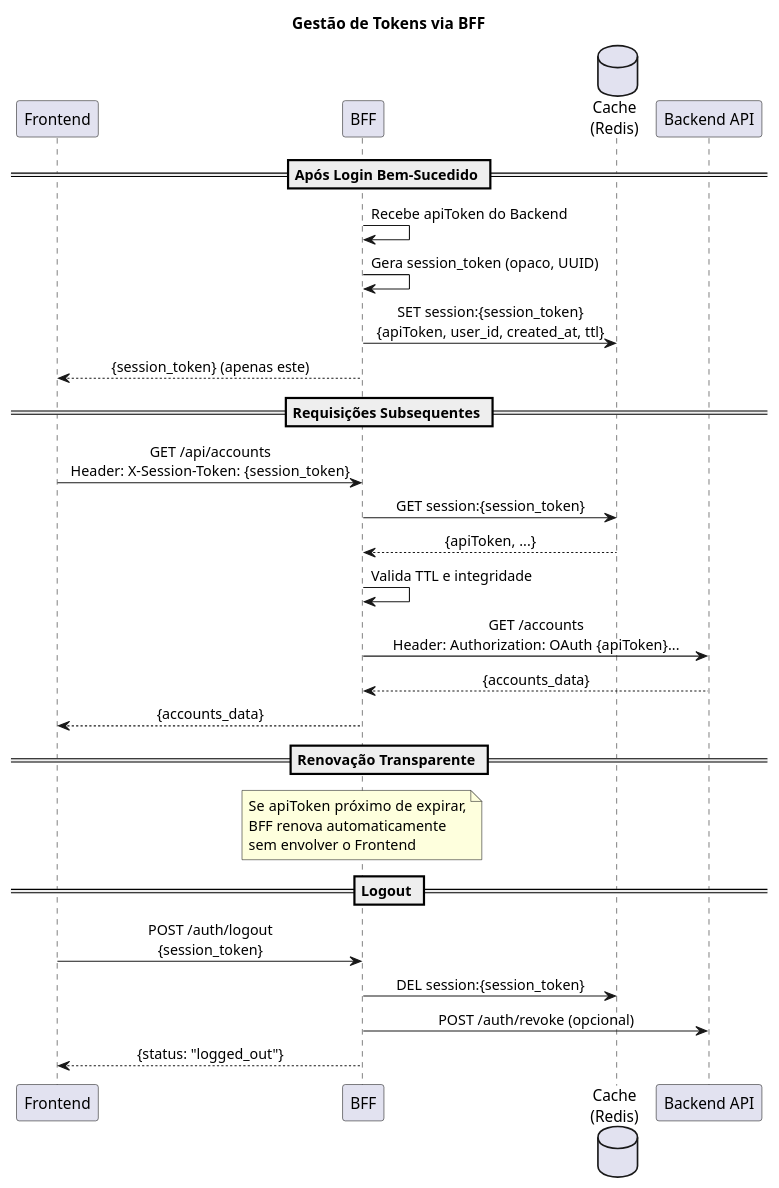
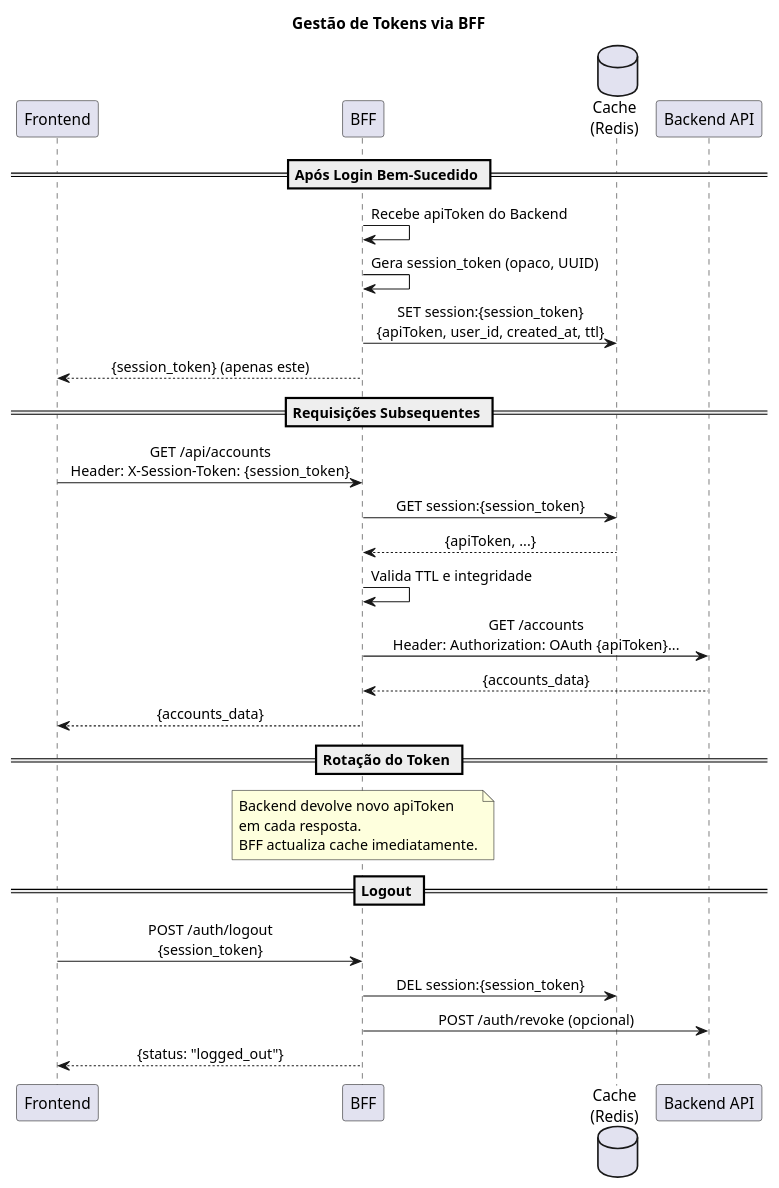
The fifth of 7 diagrams in project/definitions/DEF-13-autenticacao-oauth.md (beduardo/novobanco_website_doc), drawn with PlantUML before and after one commit. The commit also changed other lines of this file and 12 other files, not shown here.

````diff
--- a/project/definitions/DEF-13-autenticacao-oauth.md
+++ b/project/definitions/DEF-13-autenticacao-oauth.md
@@ -236,41 +236,41 @@
 ```plantuml
 @startuml
 skinparam sequenceMessageAlign center
 
 title Gestão de Tokens via BFF
 
 participant "Frontend" as FE
 participant "BFF" as BFF
 database "Cache\n(Redis)" as Cache
 participant "Backend API" as API
 
 == Após Login Bem-Sucedido ==
 BFF -> BFF : Recebe apiToken do Backend
 BFF -> BFF : Gera session_token (opaco, UUID)
 BFF -> Cache : SET session:{session_token}\n{apiToken, user_id, created_at, ttl}
 BFF --> FE : {session_token} (apenas este)
 
 == Requisições Subsequentes ==
 FE -> BFF : GET /api/accounts\nHeader: X-Session-Token: {session_token}
 BFF -> Cache : GET session:{session_token}
 Cache --> BFF : {apiToken, ...}
 BFF -> BFF : Valida TTL e integridade
 BFF -> API : GET /accounts\nHeader: Authorization: OAuth {apiToken}...
 API --> BFF : {accounts_data}
 BFF --> FE : {accounts_data}
 
-== Renovação Transparente ==
+== Rotação do Token ==
 note over BFF
-Se apiToken próximo de expirar,
-BFF renova automaticamente
-sem envolver o Frontend
+Backend devolve novo apiToken
+em cada resposta.
+BFF actualiza cache imediatamente.
 end note
 
 == Logout ==
 FE -> BFF : POST /auth/logout\n{session_token}
 BFF -> Cache : DEL session:{session_token}
 BFF -> API : POST /auth/revoke (opcional)
 BFF --> FE : {status: "logged_out"}
 
 @enduml
 ```
````
